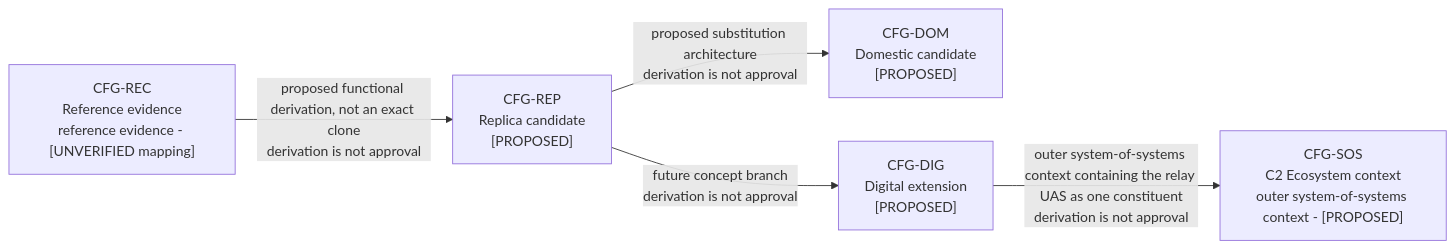
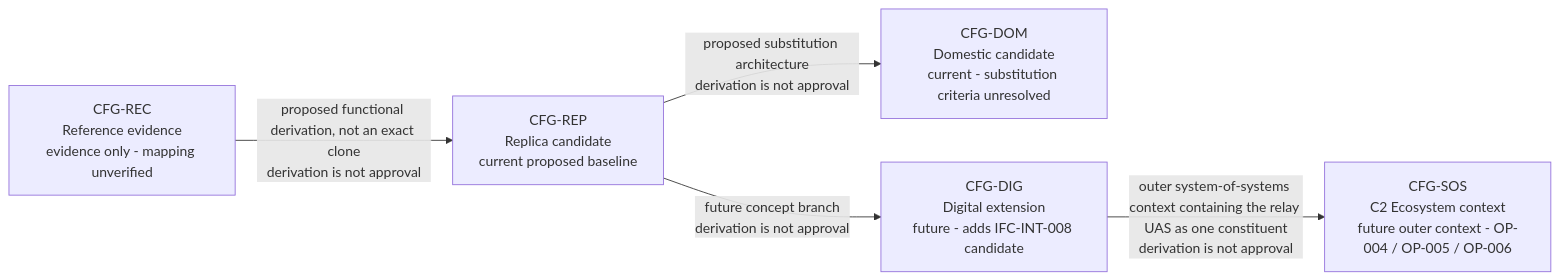
The first of 20 diagrams in reports/architecture-views.md (noahstephenson/low-cost-relay-uas), drawn with Mermaid before and after one commit. The commit also changed other lines of this file and 12 other files, not shown here.

Commit message:
Mature relay UAS candidate architecture

````diff
--- a/reports/architecture-views.md
+++ b/reports/architecture-views.md
@@ -22,13 +22,13 @@
 ```mermaid
 flowchart LR
     %% Configuration scope: CFG-REC / CFG-REP / CFG-DOM / CFG-DIG / CFG-SOS
-    CFG_REC["CFG-REC<br/>Reference evidence<br/>reference evidence - [UNVERIFIED mapping]"]
-    CFG_REP["CFG-REP<br/>Replica candidate<br/>[PROPOSED]"]
-    CFG_DOM["CFG-DOM<br/>Domestic candidate<br/>[PROPOSED]"]
-    CFG_DIG["CFG-DIG<br/>Digital extension<br/>[PROPOSED]"]
-    CFG_SOS["CFG-SOS<br/>C2 Ecosystem context<br/>outer system-of-systems context - [PROPOSED]"]
+    CFG_REC["CFG-REC<br/>Reference evidence<br/>evidence only - mapping unverified"]
+    CFG_REP["CFG-REP<br/>Replica candidate<br/>current proposed baseline"]
+    CFG_DOM["CFG-DOM<br/>Domestic candidate<br/>current - substitution criteria unresolved"]
+    CFG_DIG["CFG-DIG<br/>Digital extension<br/>future - adds IFC-INT-008 candidate"]
+    CFG_SOS["CFG-SOS<br/>C2 Ecosystem context<br/>future outer context - OP-004 / OP-005 / OP-006"]
     CFG_REC -->|"proposed functional derivation, not an exact clone<br/>derivation is not approval"| CFG_REP
     CFG_REP -->|"proposed substitution architecture<br/>derivation is not approval"| CFG_DOM
     CFG_REP -->|"future concept branch<br/>derivation is not approval"| CFG_DIG
     CFG_DIG -->|"outer system-of-systems context containing the relay UAS as one constituent<br/>derivation is not approval"| CFG_SOS
 ```
````
